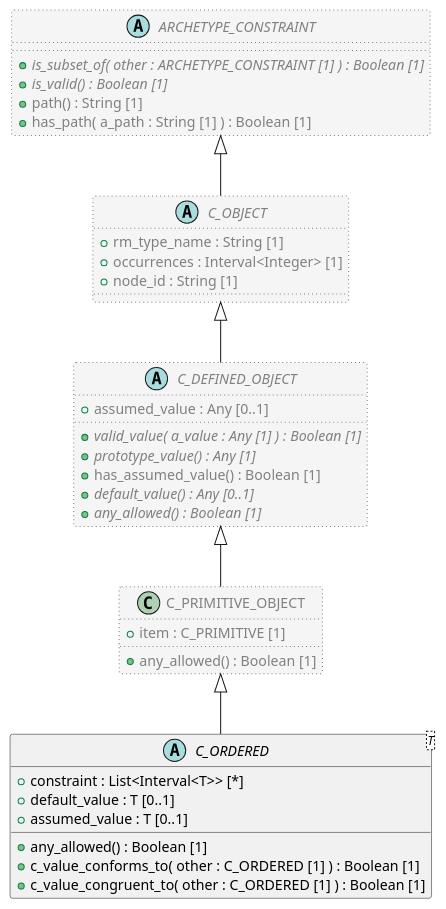
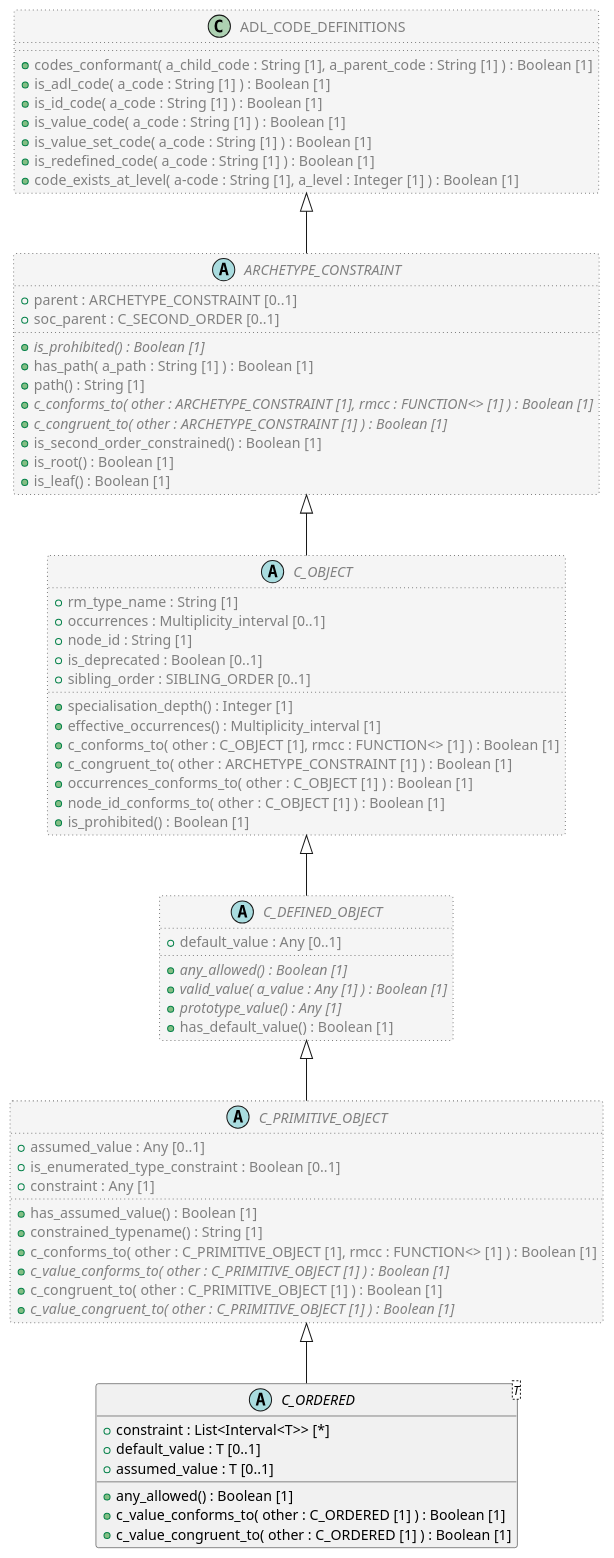
One commit to sebastian-iancu/code-generator changed the diagram in code/Adoc/openehr_am_2.4.0/plantUML/classes/org.openehr.am.aom2.c_ordered.adoc. Above: the diagram before and after it, drawn with PlantUML. The commit also changed 719 other files, not shown here.

```diff
--- a/code/Adoc/openehr_am_2.4.0/plantUML/classes/org.openehr.am.aom2.c_ordered.adoc
+++ b/code/Adoc/openehr_am_2.4.0/plantUML/classes/org.openehr.am.aom2.c_ordered.adoc
@@ -11,32 +11,65 @@
   + c_value_congruent_to( other : C_ORDERED [1] ) : Boolean [1]
 }
 
-class C_PRIMITIVE_OBJECT  #whitesmoke;line:gray;line.dotted;text:gray {
-  + item : C_PRIMITIVE [1]
-  + any_allowed() : Boolean [1]
+abstract class C_PRIMITIVE_OBJECT  #whitesmoke;line:gray;line.dotted;text:gray {
+  + assumed_value : Any [0..1]
+  + is_enumerated_type_constraint : Boolean [0..1]
+  + constraint : Any [1]
+  + has_assumed_value() : Boolean [1]
+  + constrained_typename() : String [1]
+  + c_conforms_to( other : C_PRIMITIVE_OBJECT [1], rmcc : FUNCTION<> [1] ) : Boolean [1]
+  + {abstract} c_value_conforms_to( other : C_PRIMITIVE_OBJECT [1] ) : Boolean [1]
+  + c_congruent_to( other : C_PRIMITIVE_OBJECT [1] ) : Boolean [1]
+  + {abstract} c_value_congruent_to( other : C_PRIMITIVE_OBJECT [1] ) : Boolean [1]
 }
 
 abstract class C_DEFINED_OBJECT  #whitesmoke;line:gray;line.dotted;text:gray {
-  + assumed_value : Any [0..1]
+  + default_value : Any [0..1]
+  + {abstract} any_allowed() : Boolean [1]
   + {abstract} valid_value( a_value : Any [1] ) : Boolean [1]
   + {abstract} prototype_value() : Any [1]
-  + has_assumed_value() : Boolean [1]
-  + {abstract} default_value() : Any [0..1]
-  + {abstract} any_allowed() : Boolean [1]
+  + has_default_value() : Boolean [1]
 }
 
 abstract class C_OBJECT  #whitesmoke;line:gray;line.dotted;text:gray {
   + rm_type_name : String [1]
-  + occurrences : Interval<Integer> [1]
+  + occurrences : Multiplicity_interval [0..1]
   + node_id : String [1]
+  + is_deprecated : Boolean [0..1]
+  + sibling_order : SIBLING_ORDER [0..1]
+  + specialisation_depth() : Integer [1]
+  + effective_occurrences() : Multiplicity_interval [1]
+  + c_conforms_to( other : C_OBJECT [1], rmcc : FUNCTION<> [1] ) : Boolean [1]
+  + c_congruent_to( other : ARCHETYPE_CONSTRAINT [1] ) : Boolean [1]
+  + occurrences_conforms_to( other : C_OBJECT [1] ) : Boolean [1]
+  + node_id_conforms_to( other : C_OBJECT [1] ) : Boolean [1]
+  + is_prohibited() : Boolean [1]
 }
 
 abstract class ARCHETYPE_CONSTRAINT  #whitesmoke;line:gray;line.dotted;text:gray {
-  + {abstract} is_subset_of( other : ARCHETYPE_CONSTRAINT [1] ) : Boolean [1]
-  + {abstract} is_valid() : Boolean [1]
+  + parent : ARCHETYPE_CONSTRAINT [0..1]
+  + soc_parent : C_SECOND_ORDER [0..1]
+  + {abstract} is_prohibited() : Boolean [1]
+  + has_path( a_path : String [1] ) : Boolean [1]
   + path() : String [1]
-  + has_path( a_path : String [1] ) : Boolean [1]
+  + {abstract} c_conforms_to( other : ARCHETYPE_CONSTRAINT [1], rmcc : FUNCTION<> [1] ) : Boolean [1]
+  + {abstract} c_congruent_to( other : ARCHETYPE_CONSTRAINT [1] ) : Boolean [1]
+  + is_second_order_constrained() : Boolean [1]
+  + is_root() : Boolean [1]
+  + is_leaf() : Boolean [1]
 }
+
+class ADL_CODE_DEFINITIONS  #whitesmoke;line:gray;line.dotted;text:gray {
+  + codes_conformant( a_child_code : String [1], a_parent_code : String [1] ) : Boolean [1]
+  + is_adl_code( a_code : String [1] ) : Boolean [1]
+  + is_id_code( a_code : String [1] ) : Boolean [1]
+  + is_value_code( a_code : String [1] ) : Boolean [1]
+  + is_value_set_code( a_code : String [1] ) : Boolean [1]
+  + is_redefined_code( a_code : String [1] ) : Boolean [1]
+  + code_exists_at_level( a-code : String [1], a_level : Integer [1] ) : Boolean [1]
+}
+
+ADL_CODE_DEFINITIONS <|-- ARCHETYPE_CONSTRAINT
 
 ARCHETYPE_CONSTRAINT <|-- C_OBJECT
 
```
